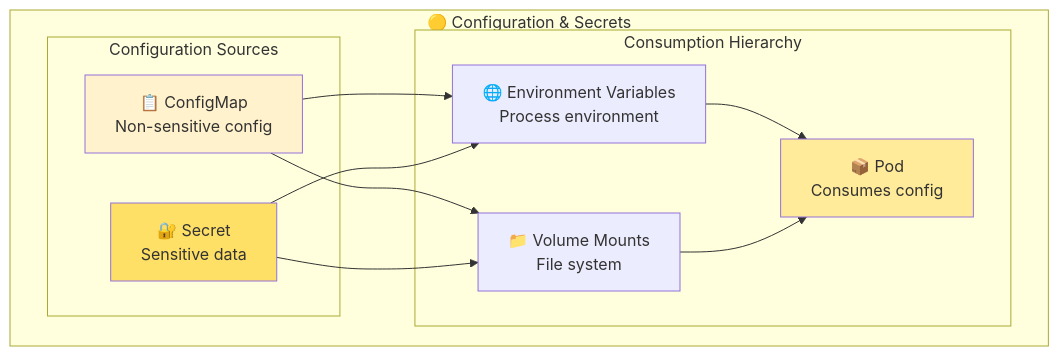
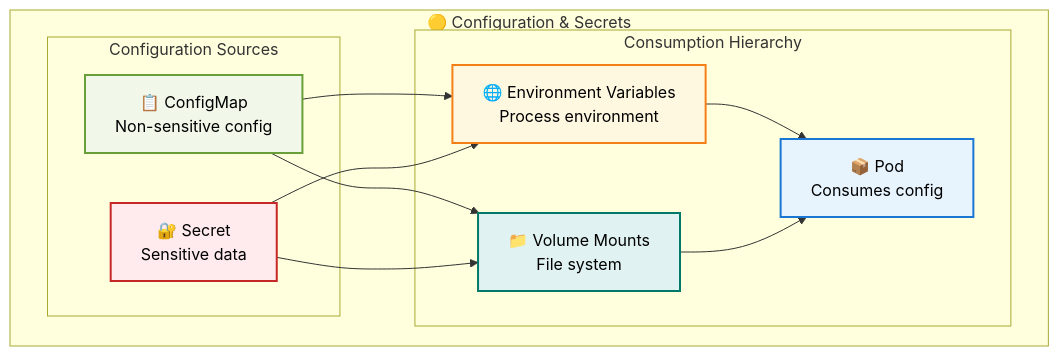
The fifth of 8 diagrams in 1.4_distributed_systems/kubernetes_developer_guide.md (razkevich/system_design_course), drawn with Mermaid before and after one commit. The commit also changed other lines of this file, not shown here.

````diff
--- a/1.4_distributed_systems/kubernetes_developer_guide.md
+++ b/1.4_distributed_systems/kubernetes_developer_guide.md
@@ -136,27 +174,29 @@
 ```mermaid
 flowchart TD
     subgraph "🟡 Configuration & Secrets"
         
         subgraph "Configuration Sources"
             ConfigMap["📋 ConfigMap<br/>Non-sensitive config"]
             Secret["🔐 Secret<br/>Sensitive data"]
         end
         
         subgraph "Consumption Hierarchy"
             EnvVar["🌐 Environment Variables<br/>Process environment"]
             VolumeMount["📁 Volume Mounts<br/>File system"]
             ConfigPod["📦 Pod<br/>Consumes config"]
             
             ConfigMap --> EnvVar
             ConfigMap --> VolumeMount
             Secret --> EnvVar
             Secret --> VolumeMount
             EnvVar --> ConfigPod
             VolumeMount --> ConfigPod
         end
     end
     
-    style ConfigMap fill:#fff2cc
-    style Secret fill:#ffe066
-    style ConfigPod fill:#ffeb99
+    style ConfigPod fill:#e8f4fd,stroke:#1976d2,stroke-width:2px,color:#000
+    style ConfigMap fill:#f1f8e9,stroke:#689f38,stroke-width:2px,color:#000
+    style Secret fill:#ffebee,stroke:#c62828,stroke-width:2px,color:#000
+    style EnvVar fill:#fff8e1,stroke:#f57f17,stroke-width:2px,color:#000
+    style VolumeMount fill:#e0f2f1,stroke:#00796b,stroke-width:2px,color:#000
 ```
````
